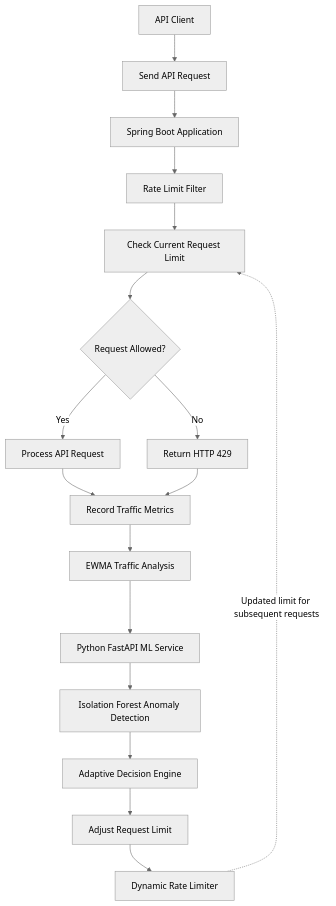
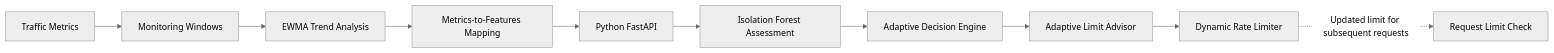
One commit to pragya638/adaptive-rate-limiter changed the second of 2 diagrams in README.md. Above: the diagram before and after it, drawn with Mermaid (neutral theme). The commit also changed other lines of this file, not shown here.

````diff
--- a/README.md
+++ b/README.md
@@ -38,23 +68,12 @@
 ```mermaid
-flowchart TD
-    A["API Client"] --> B["Send API Request"]
-    B --> C["Spring Boot Application"]
-    C --> D["Rate Limit Filter"]
-    D --> E["Check Current Request Limit"]
-    E --> F{"Request Allowed?"}
-
-    F -->|Yes| G["Process API Request"]
-    F -->|No| H["Return HTTP 429"]
-
-    G --> I["Record Traffic Metrics"]
-    H --> I
-
-    I --> J["EWMA Traffic Analysis"]
-    J --> K["Python FastAPI ML Service"]
-    K --> L["Isolation Forest Anomaly Detection"]
-    L --> M["Adaptive Decision Engine"]
-    M --> N["Adjust Request Limit"]
-    N --> O["Dynamic Rate Limiter"]
-
-    O -.->|"Updated limit for subsequent requests"| E
+flowchart LR
+    A["Traffic Metrics"] --> B["Monitoring Windows"]
+    B --> C["EWMA Trend Analysis"]
+    C --> D["Metrics-to-Features Mapping"]
+    D --> E["Python FastAPI"]
+    E --> F["Isolation Forest Assessment"]
+    F --> G["Adaptive Decision Engine"]
+    G --> H["Adaptive Limit Advisor"]
+    H --> I["Dynamic Rate Limiter"]
+    I -.->|"Updated limit for subsequent requests"| J["Request Limit Check"]
 ```
````
